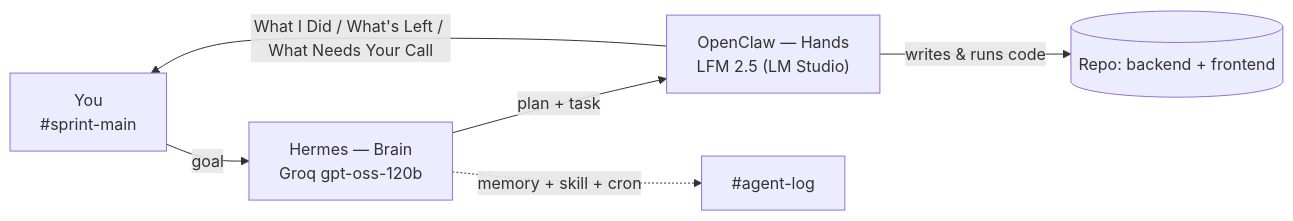
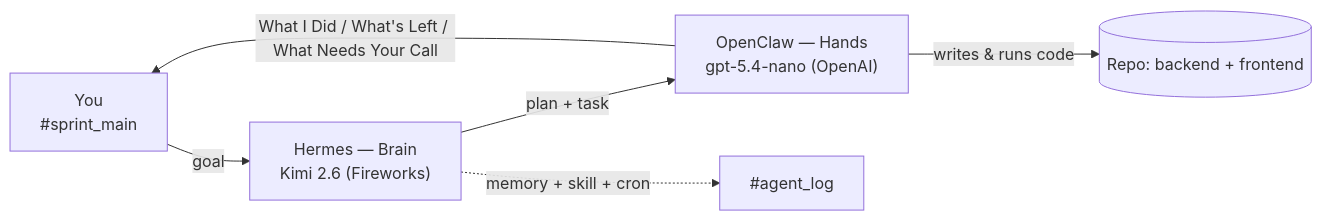
Before and after one commit to chiruu12/forge2-qualifier-chirag: the diagram in ARCHITECTURE.md, drawn with Mermaid. The commit also changed other lines of this file and 2 other files, not shown here.

````diff
--- a/ARCHITECTURE.md
+++ b/ARCHITECTURE.md
@@ -5,8 +5,8 @@
 ```mermaid
 flowchart LR
-    H["You<br/>#sprint-main"] -->|goal| B["Hermes — Brain<br/>Groq gpt-oss-120b"]
-    B -->|plan + task| C["OpenClaw — Hands<br/>LFM 2.5 (LM Studio)"]
+    H["You<br/>#sprint_main"] -->|goal| B["Hermes — Brain<br/>Kimi 2.6 (Fireworks)"]
+    B -->|plan + task| C["OpenClaw — Hands<br/>gpt-5.4-nano (OpenAI)"]
     C -->|writes & runs code| Repo[("Repo: backend + frontend")]
     C -->|What I Did / What's Left / What Needs Your Call| H
-    B -. "memory + skill + cron" .-> Log["#agent-log"]
+    B -. "memory + skill + cron" .-> Log["#agent_log"]
 ```
````
